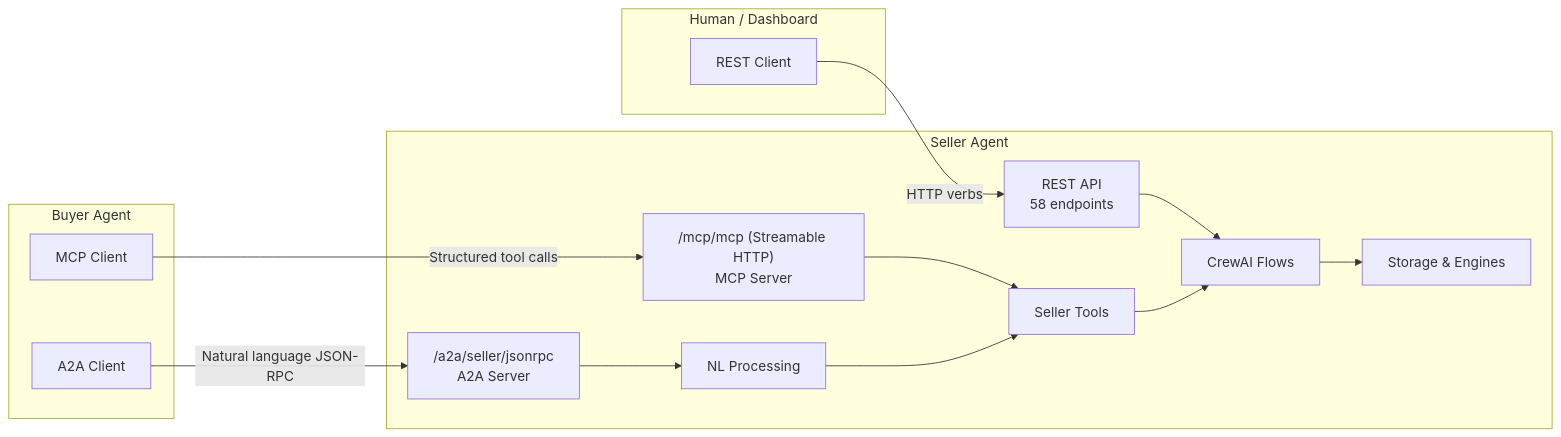
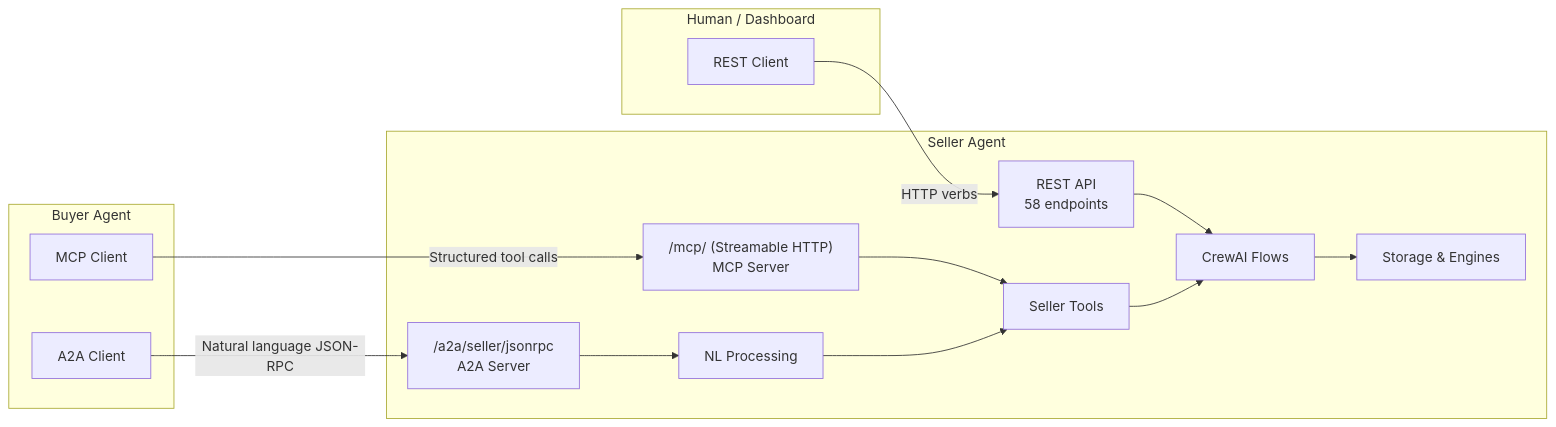
One commit to IABTechLab/seller-agent changed the first of 3 diagrams in docs/architecture/overview.md. Above: the diagram before and after it, drawn with Mermaid. The commit also changed other lines of this file and 7 other files, not shown here.

````diff
--- a/docs/architecture/overview.md
+++ b/docs/architecture/overview.md
@@ -9,32 +9,32 @@
 ```mermaid
 graph LR
     subgraph "Buyer Agent"
         MCP_C[MCP Client]
         A2A_C[A2A Client]
     end
 
     subgraph "Human / Dashboard"
         REST_C[REST Client]
     end
 
     subgraph "Seller Agent"
-        MCP_S["/mcp/mcp (Streamable HTTP)<br/>MCP Server"]
+        MCP_S["/mcp/ (Streamable HTTP)<br/>MCP Server"]
         A2A_S["/a2a/seller/jsonrpc<br/>A2A Server"]
         REST_S["REST API<br/>58 endpoints"]
         NLP[NL Processing]
         TOOLS[Seller Tools]
         FLOWS[CrewAI Flows]
         INFRA[Storage & Engines]
     end
 
     MCP_C -->|Structured tool calls| MCP_S
     A2A_C -->|Natural language JSON-RPC| A2A_S
     REST_C -->|HTTP verbs| REST_S
 
     MCP_S --> TOOLS
     A2A_S --> NLP --> TOOLS
     REST_S --> FLOWS
 
     TOOLS --> FLOWS
     FLOWS --> INFRA
 ```
````
